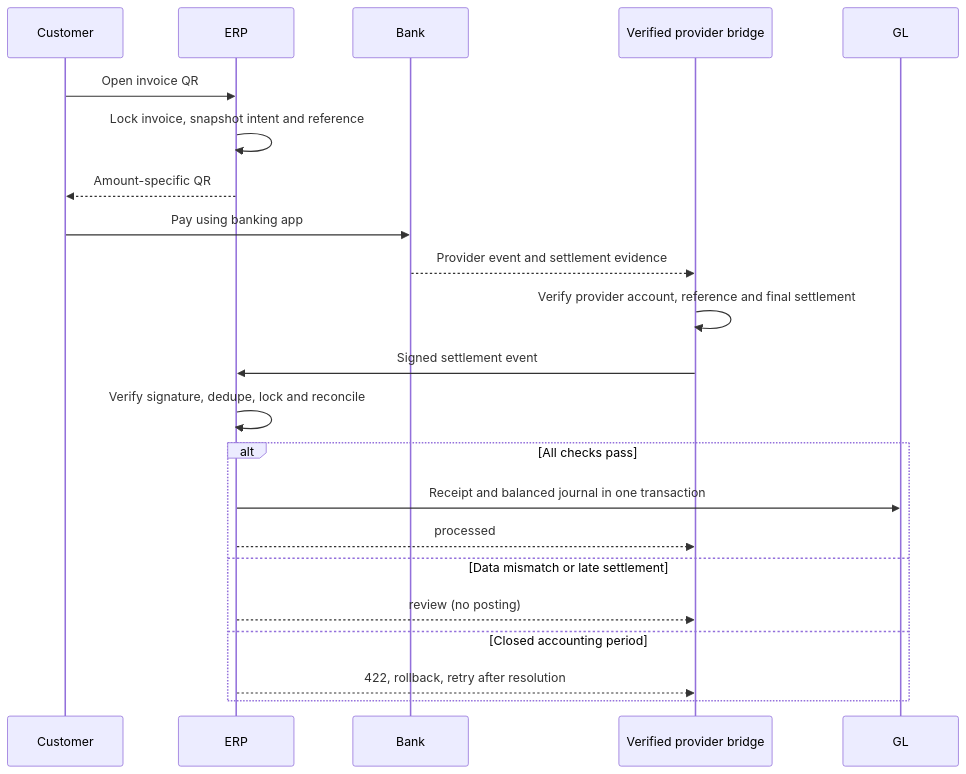
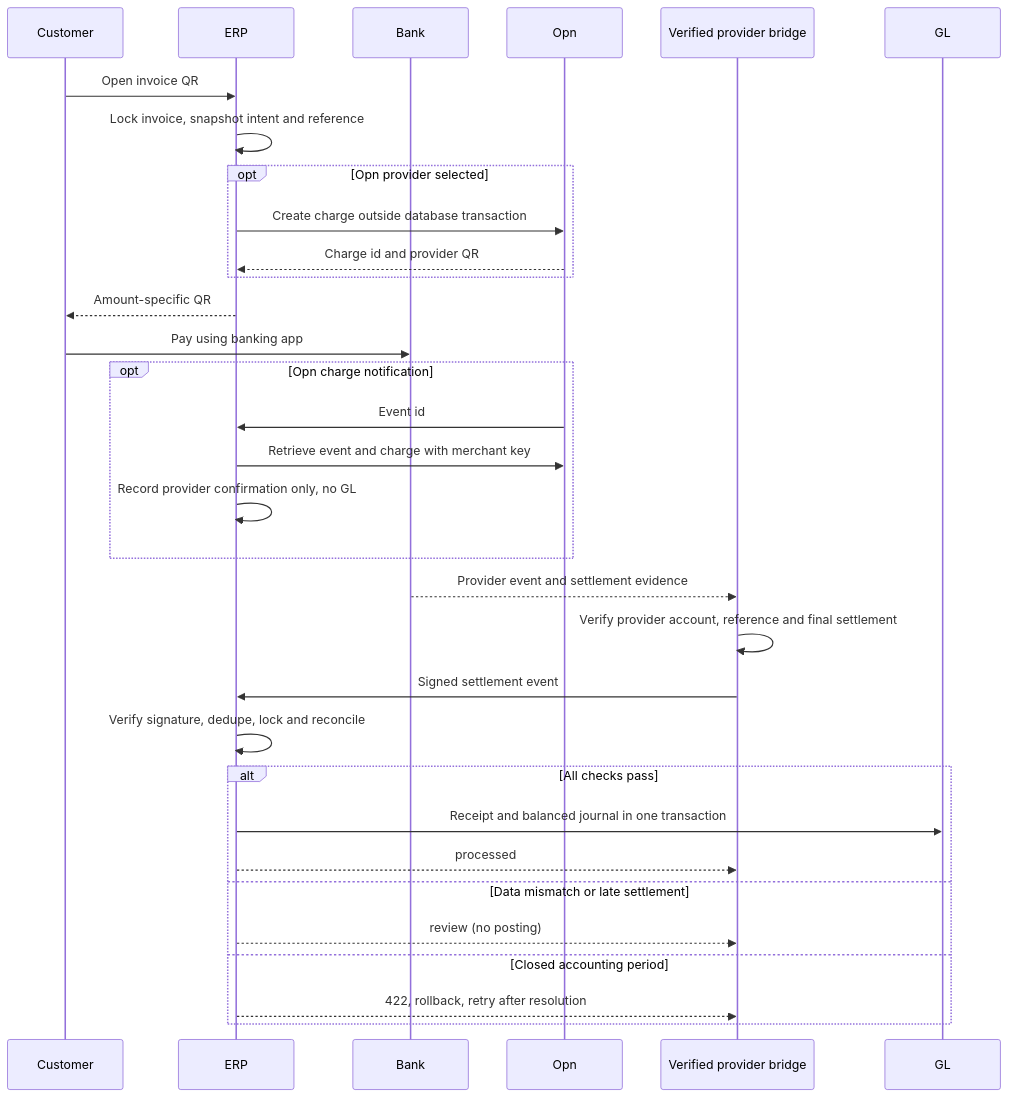
The diagram in docs/PHASE_23_PAYMENT_GATEWAY.md (anuwatm/ERP), drawn with Mermaid before and after one commit. The commit also changed other lines of this file and 19 other files, not shown here.

````diff
--- a/docs/PHASE_23_PAYMENT_GATEWAY.md
+++ b/docs/PHASE_23_PAYMENT_GATEWAY.md
@@ -69,24 +84,34 @@
 ```mermaid
 sequenceDiagram
     participant Customer
     participant ERP
     participant Bank
+    participant Opn
     participant Bridge as Verified provider bridge
     participant GL
     Customer->>ERP: Open invoice QR
     ERP->>ERP: Lock invoice, snapshot intent and reference
+    opt Opn provider selected
+        ERP->>Opn: Create charge outside database transaction
+        Opn-->>ERP: Charge id and provider QR
+    end
     ERP-->>Customer: Amount-specific QR
     Customer->>Bank: Pay using banking app
+    opt Opn charge notification
+        Opn->>ERP: Event id
+        ERP->>Opn: Retrieve event and charge with merchant key
+        ERP->>ERP: Record provider confirmation only, no GL
+    end
     Bank-->>Bridge: Provider event and settlement evidence
     Bridge->>Bridge: Verify provider account, reference and final settlement
     Bridge->>ERP: Signed settlement event
     ERP->>ERP: Verify signature, dedupe, lock and reconcile
     alt All checks pass
         ERP->>GL: Receipt and balanced journal in one transaction
         ERP-->>Bridge: processed
     else Data mismatch or late settlement
         ERP-->>Bridge: review (no posting)
     else Closed accounting period
         ERP-->>Bridge: 422, rollback, retry after resolution
     end
 ```
````
